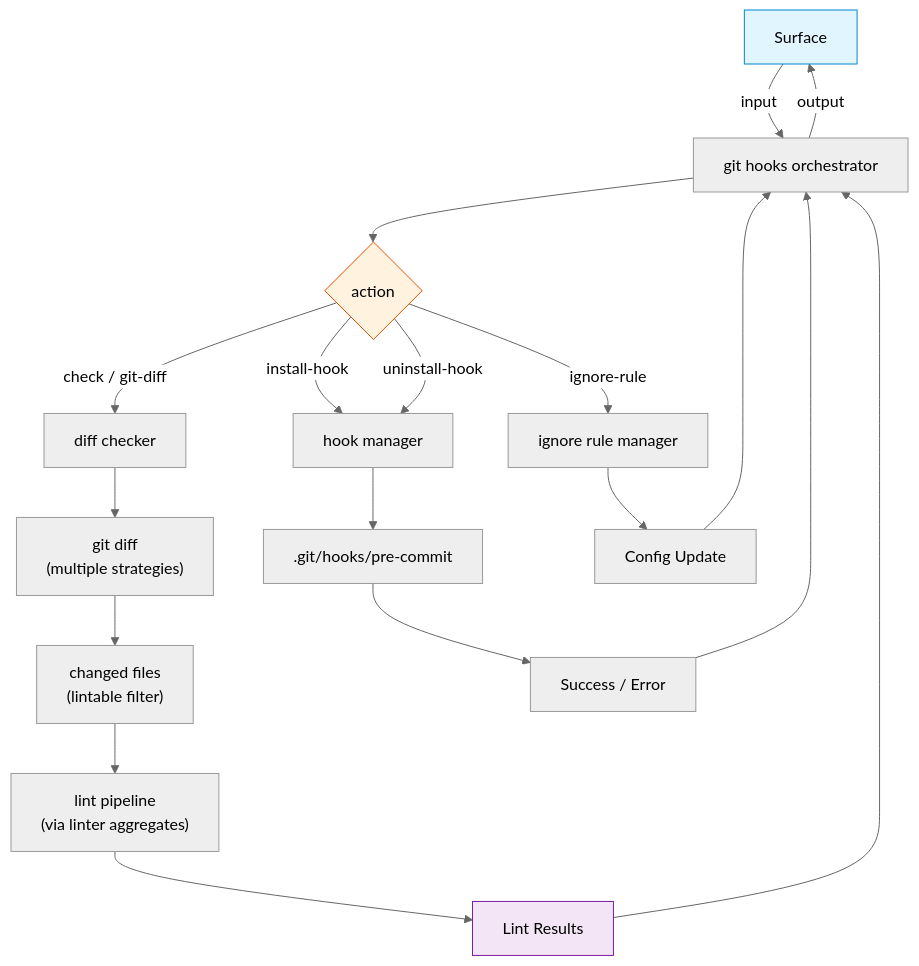
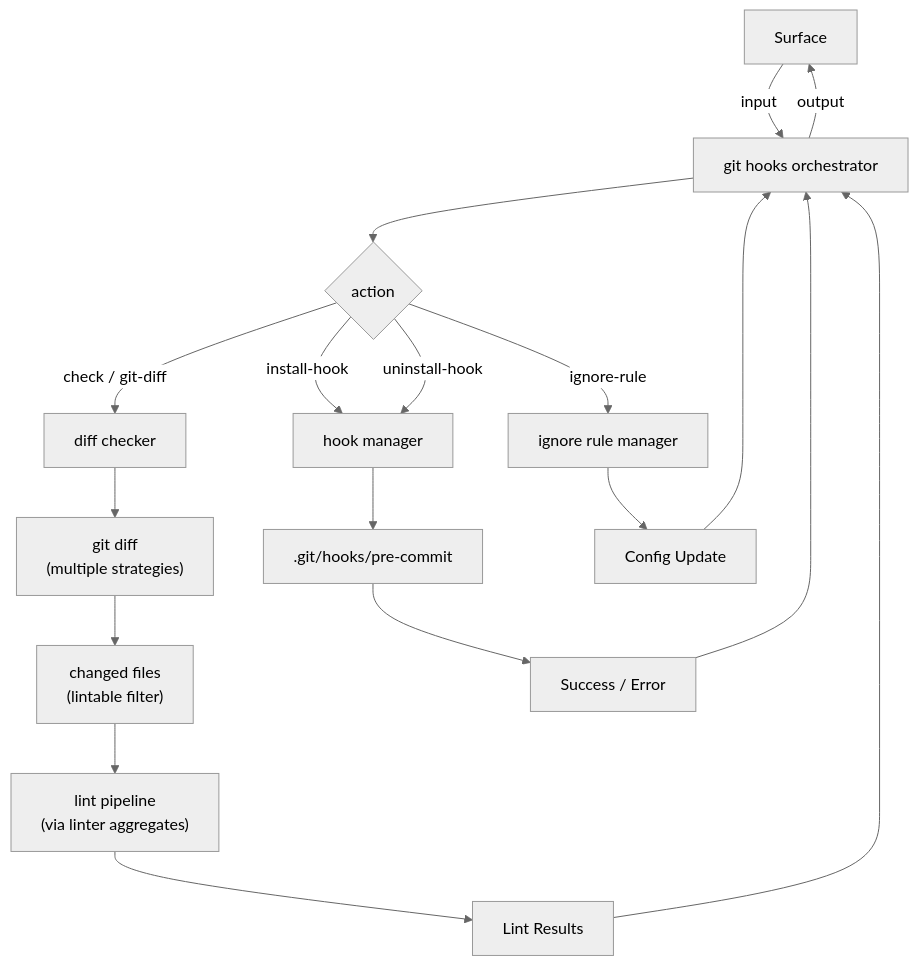
The diagram in crates/git-hooks/FRD.md (rakaarwaky/lint-arwaky), drawn with Mermaid (neutral theme) before and after one commit. The commit also changed 19 other files, not shown here.

````diff
--- a/crates/git-hooks/FRD.md
+++ b/crates/git-hooks/FRD.md
@@ -20,28 +20,25 @@
 ```mermaid
 flowchart TD
     A["Surface"] -->|input| B["git hooks orchestrator"]
     B --> C{"action"}
 
     C -->|"check / git-diff"| D["diff checker"]
     C -->|"install-hook"| E["hook manager"]
     C -->|"uninstall-hook"| E
     C -->|"ignore-rule"| F["ignore rule manager"]
 
     D --> G["git diff\n(multiple strategies)"]
     G --> H["changed files\n(lintable filter)"]
     H --> I["lint pipeline\n(via linter aggregates)"]
     I --> J["Lint Results"]
 
     E --> K[".git/hooks/pre-commit"]
     K --> L["Success / Error"]
     F --> M["Config Update"]
 
     J --> B
     L --> B
     M --> B
     B -->|output| A
 
-    style A fill:#e1f5fe,stroke:#0288d1
-    style C fill:#fff3e0,stroke:#e65100
-    style J fill:#f3e5f5,stroke:#7b1fa2
 ```
````
